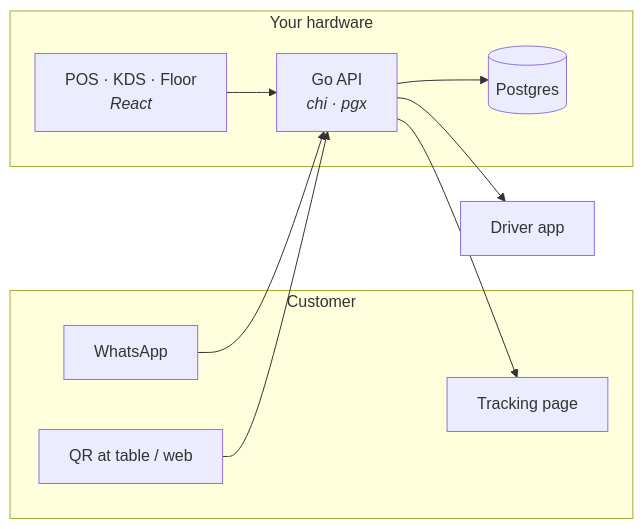
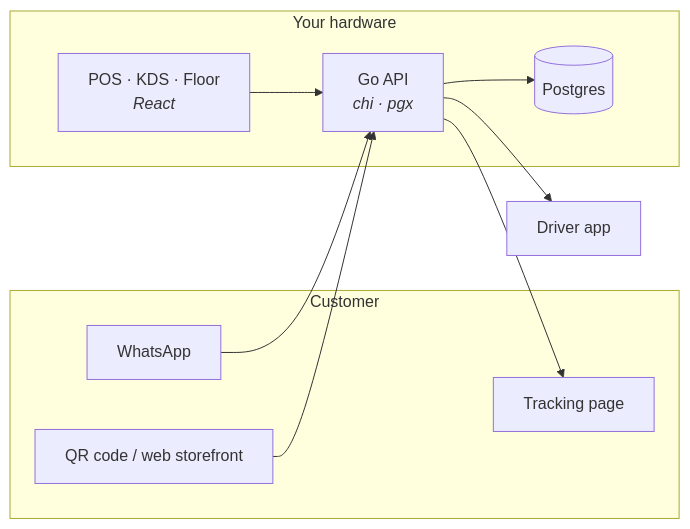
One commit to vul-os/beepbite changed the diagram in README.md. Above: the diagram before and after it, drawn with Mermaid. The commit also changed other lines of this file and 86 other files, not shown here.

First line of the commit message:
quick-pos: kiosk flow work, plus an .env backup-file ignore gap

````diff
--- a/README.md
+++ b/README.md
@@ -153,20 +153,20 @@
 ```mermaid
 flowchart LR
   subgraph Customer
     W["WhatsApp"]
-    Q["QR at table / web"]
+    Q["QR code / web storefront"]
     T["Tracking page"]
   end
   subgraph "Your hardware"
     API["Go API<br/><i>chi · pgx</i>"]
     DB[("Postgres")]
     UI["POS · KDS · Floor<br/><i>React</i>"]
   end
   D["Driver app"]
   W --> API
   Q --> API
   UI --> API
   API --> DB
   API --> D
   API --> T
 ```
````
